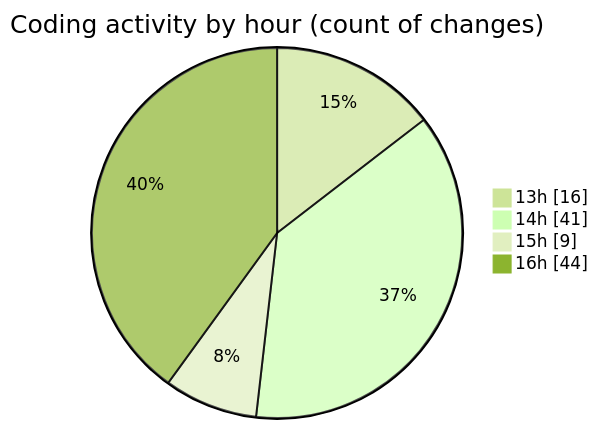
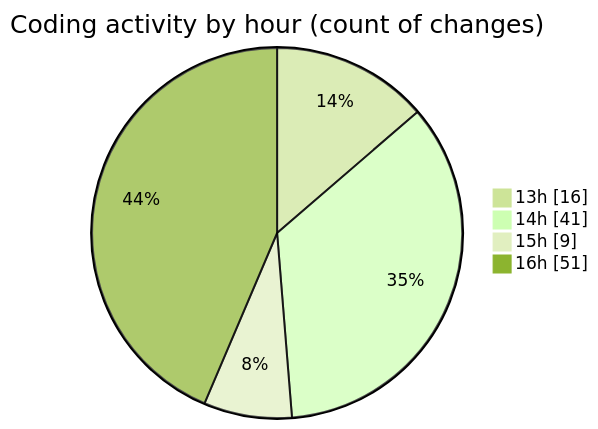
The second of 2 diagrams in 2026-02-04/cda/README.md (momahboobian/code-tracking), drawn with Mermaid (forest theme) before and after one commit. The commit also changed other lines of this file and 1 other file, not shown here.

````diff
--- a/2026-02-04/cda/README.md
+++ b/2026-02-04/cda/README.md
@@ -39,8 +41,8 @@
 ```mermaid
 pie showData
 title Coding activity by hour (count of changes)
 "13h" : 16
 "14h" : 41
 "15h" : 9
-"16h" : 44
+"16h" : 51
 ```
````
